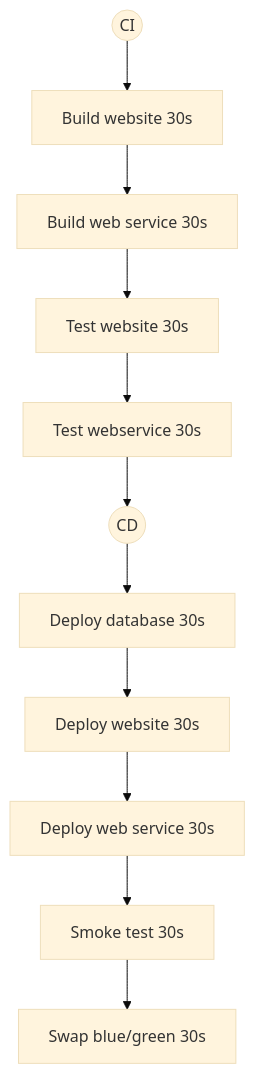
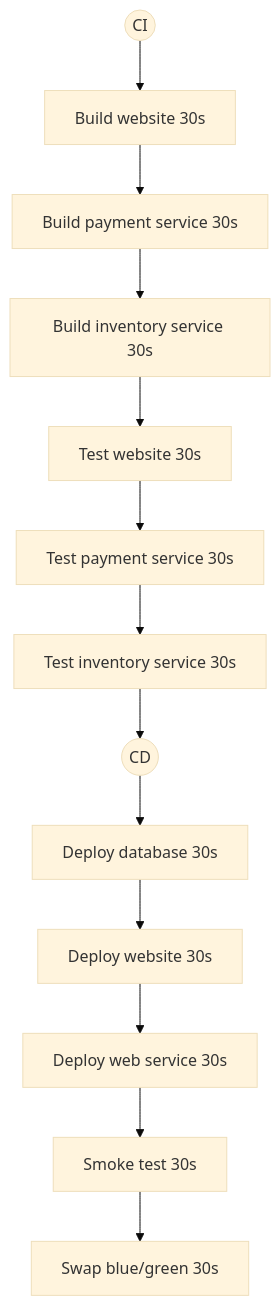
Before and after one commit to samsmithnz/ParallelPipelinesDemo: the first of 2 diagrams in README.md, drawn with Mermaid (base theme).

````diff
--- a/README.md
+++ b/README.md
@@ -5,5 +5,5 @@
 ```mermaid
   graph TD;
-      ci((CI))-->buildweb[Build website 30s]-->buildwebservice[Build web service 30s]-->testWebsite[Test website 30s]-->testsWebservice[Test webservice 30s]-->cd((CD));
+      ci((CI))-->buildweb[Build website 30s]-->buildPaymentSystem[Build payment service 30s]-->buildInventoryService[Build inventory service 30s]-->testWebsite[Test website 30s]-->testsPaymentSystem[Test payment service 30s]-->testsInventorySystem[Test inventory service 30s]-->cd((CD));
       cd((CD))-->deployDB[Deploy database 30s]-->deployWebsite[Deploy website 30s]-->deployWebService[Deploy web service 30s]-->smoke[Smoke test 30s]-->swap[Swap blue/green 30s];
 ```
````
